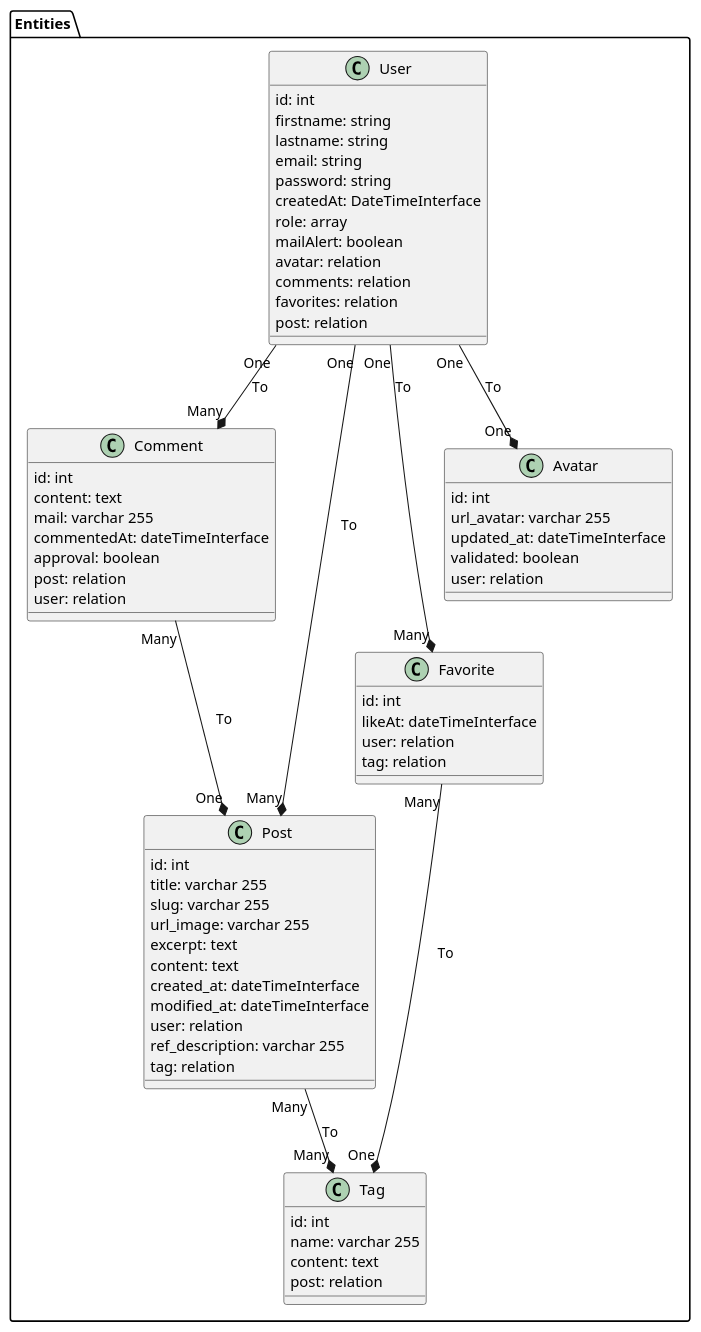
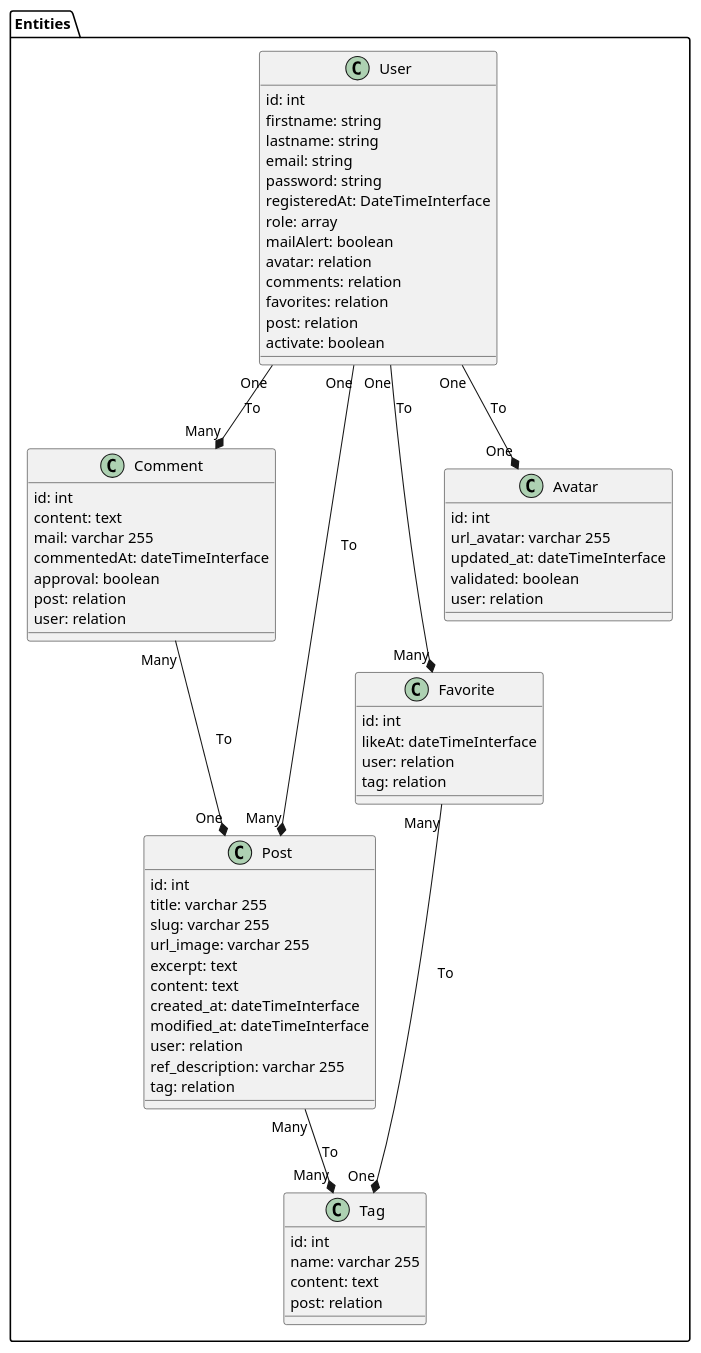
Before and after one commit to SylvainGUERRIN/front2back: the diagram in docs/uml/bdd/entities-diagram.puml, drawn with PlantUML.

Commit message:
update user entity

```diff
--- a/docs/uml/bdd/entities-diagram.puml
+++ b/docs/uml/bdd/entities-diagram.puml
@@ -1,74 +1,75 @@
 @startuml
 package "Entities" #FFF {
     class User {
         {field} id: int
         {field} firstname: string
         {field} lastname: string
         {field} email: string
         {field} password: string
-        {field} createdAt: DateTimeInterface
+        {field} registeredAt: DateTimeInterface
         {field} role: array
         {field} mailAlert: boolean
         {field} avatar: relation
         {field} comments: relation
         {field} favorites: relation
         {field} post: relation
+        {field} activate: boolean
     }
 
     class Comment {
         {field} id: int
         {field} content: text
         {field} mail: varchar 255
         {field} commentedAt: dateTimeInterface
         {field} approval: boolean
         {field} post: relation
         {field} user: relation
     }
 
     class Favorite {
         {field} id: int
         {field} likeAt: dateTimeInterface
         {field} user: relation
         {field} tag: relation
     }
 
     class Post {
         {field} id: int
         {field} title: varchar 255
         {field} slug: varchar 255
         {field} url_image: varchar 255
         {field} excerpt: text
         {field} content: text
         {field} created_at: dateTimeInterface
         {field} modified_at: dateTimeInterface
         {field} user: relation
         {field} ref_description: varchar 255
         {field} tag: relation
     }
 
     class Tag {
         {field} id: int
         {field} name: varchar 255
         {field} content: text
         {field} post: relation
     }
 
     class Avatar {
         {field} id: int
         {field} url_avatar: varchar 255
         {field} updated_at: dateTimeInterface
         {field} validated: boolean
         {field} user: relation
     }
 
     User "One" --* "Many" Post : To
     User "One" --* "Many" Comment : To
     User "One" --* "Many" Favorite : To
     User "One" --* "One" Avatar : To
 
     Favorite "Many" --* "One" Tag : To
     Post "Many" --* "Many" Tag : To
 
     Comment "Many" --* "One" Post : To
 }
 @enduml
```
